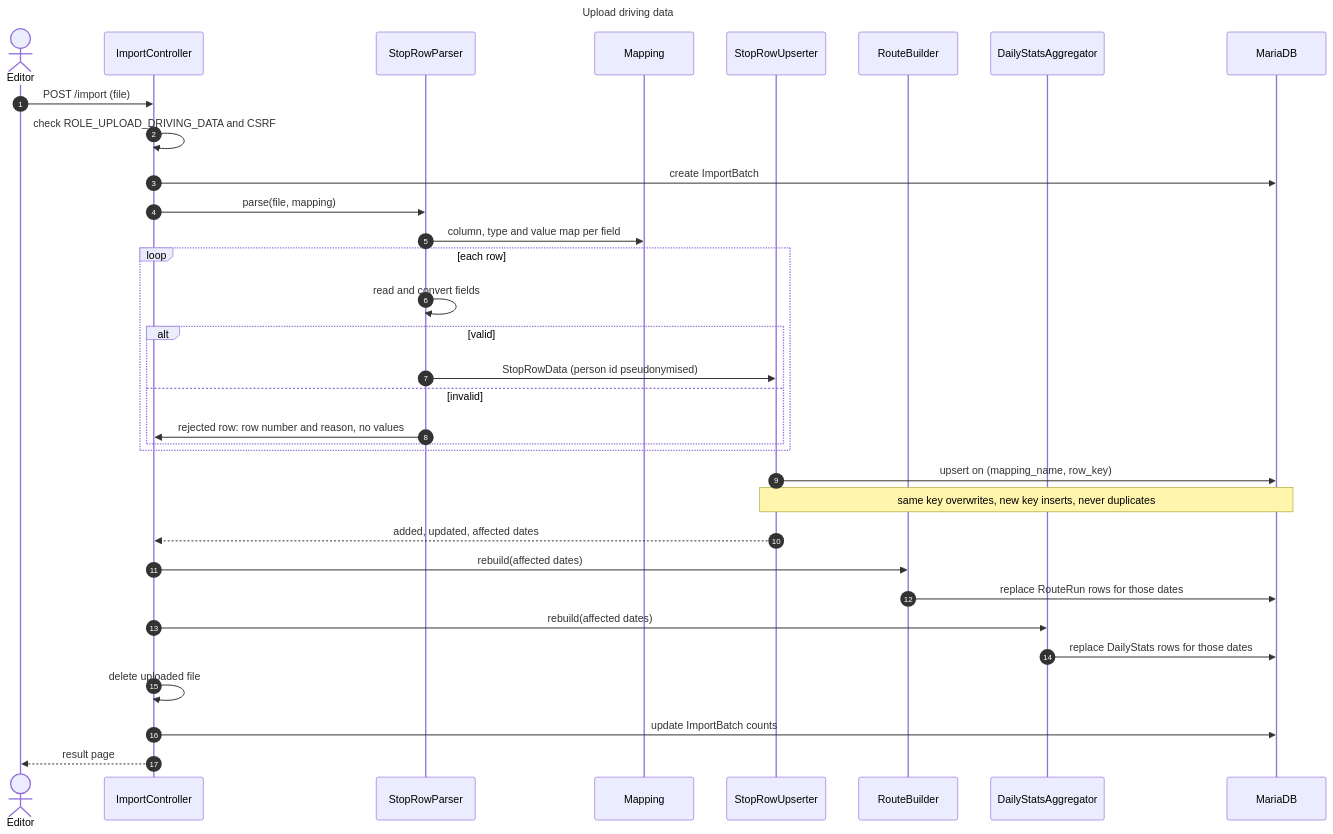
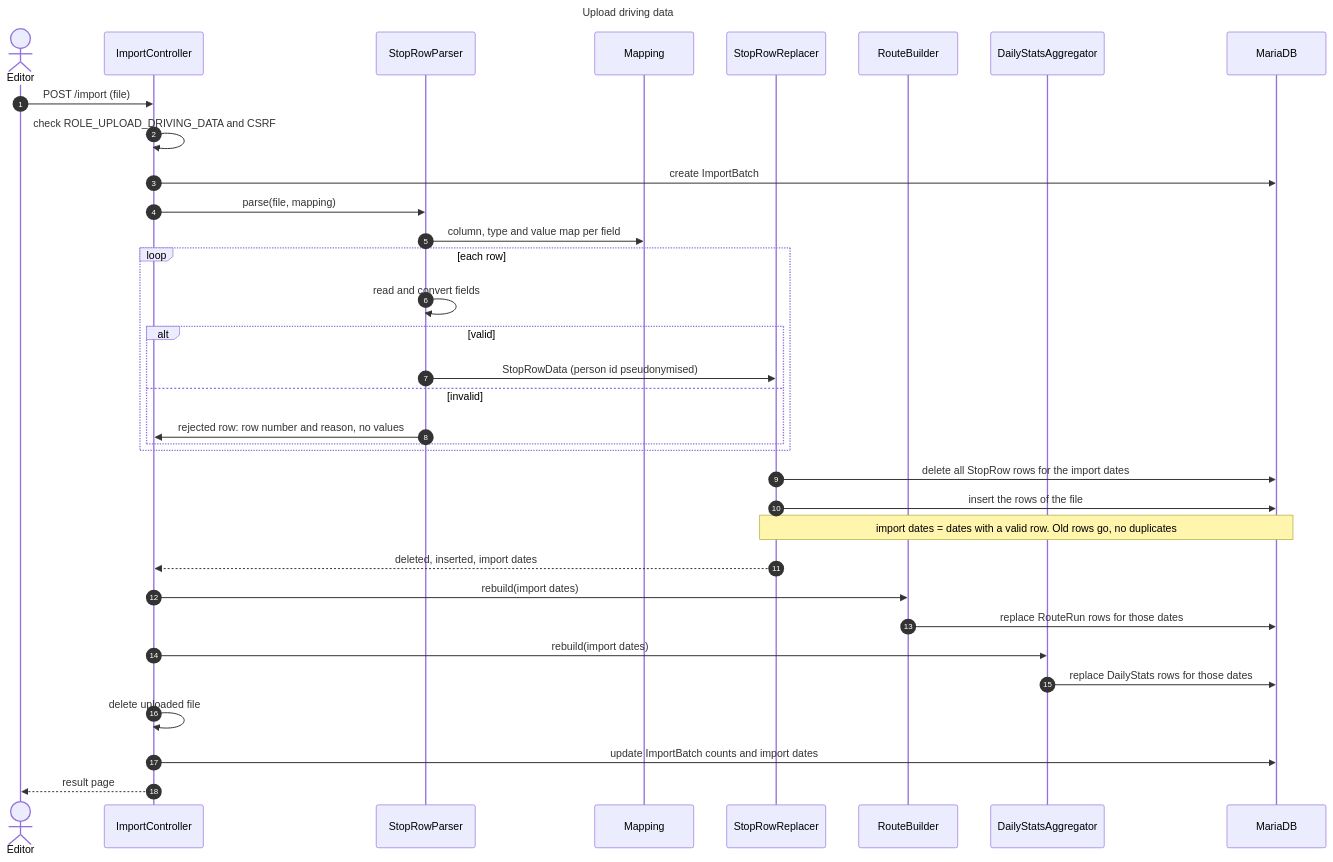
One commit to itk-dev/koerselsoverblik changed the diagram in docs/diagrams/upload-sequence.mmd. Above: the diagram before and after it, drawn with Mermaid. The commit also changed 11 other files, not shown here.

```diff
--- a/docs/diagrams/upload-sequence.mmd
+++ b/docs/diagrams/upload-sequence.mmd
@@ -1,37 +1,38 @@
 ---
 title: Upload driving data
 ---
 sequenceDiagram
     autonumber
     actor Editor
     participant C as ImportController
     participant P as StopRowParser
     participant M as Mapping
-    participant U as StopRowUpserter
+    participant U as StopRowReplacer
     participant B as RouteBuilder
     participant A as DailyStatsAggregator
     participant DB as MariaDB
 
     Editor->>C: POST /import (file)
     C->>C: check ROLE_UPLOAD_DRIVING_DATA and CSRF
     C->>DB: create ImportBatch
     C->>P: parse(file, mapping)
     P->>M: column, type and value map per field
     loop each row
         P->>P: read and convert fields
         alt valid
             P->>U: StopRowData (person id pseudonymised)
         else invalid
             P->>C: rejected row: row number and reason, no values
         end
     end
-    U->>DB: upsert on (mapping_name, row_key)
-    Note over U,DB: same key overwrites, new key inserts, never duplicates
-    U-->>C: added, updated, affected dates
-    C->>B: rebuild(affected dates)
+    U->>DB: delete all StopRow rows for the import dates
+    U->>DB: insert the rows of the file
+    Note over U,DB: import dates = dates with a valid row. Old rows go, no duplicates
+    U-->>C: deleted, inserted, import dates
+    C->>B: rebuild(import dates)
     B->>DB: replace RouteRun rows for those dates
-    C->>A: rebuild(affected dates)
+    C->>A: rebuild(import dates)
     A->>DB: replace DailyStats rows for those dates
     C->>C: delete uploaded file
-    C->>DB: update ImportBatch counts
+    C->>DB: update ImportBatch counts and import dates
     C-->>Editor: result page
```
